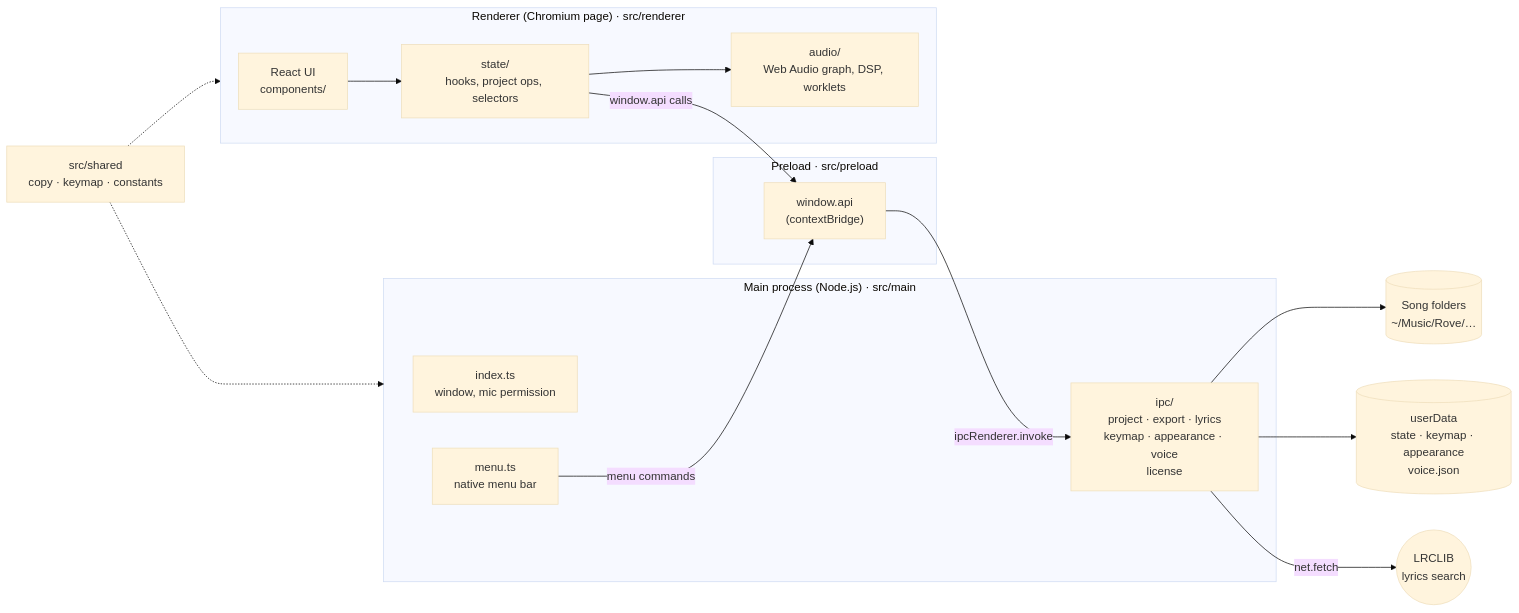
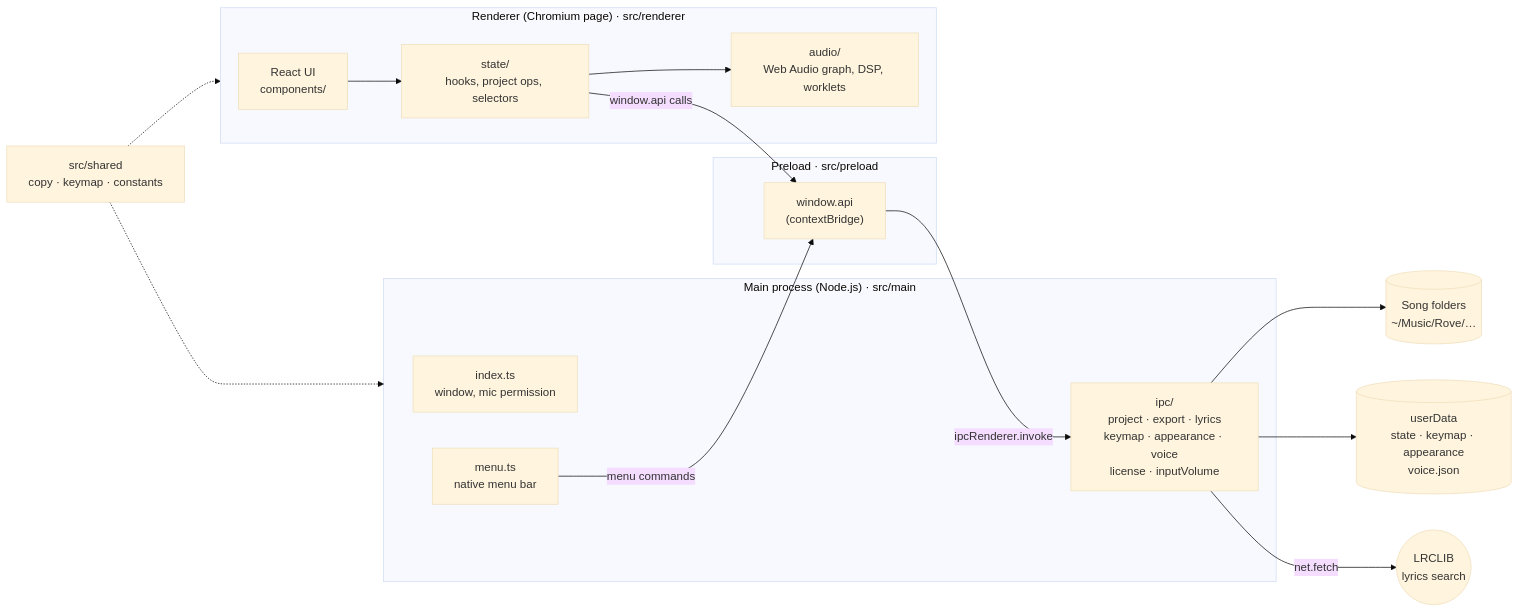
The first of 6 diagrams in docs/architecture.md (andy-techen/rove), drawn with Mermaid (base theme) before and after one commit. The commit also changed 85 other files, not shown here.

````diff
--- a/docs/architecture.md
+++ b/docs/architecture.md
@@ -10,30 +10,30 @@
 ```mermaid
 flowchart LR
   subgraph Main["Main process (Node.js) · src/main"]
     index["index.ts<br/>window, mic permission"]
     menu["menu.ts<br/>native menu bar"]
-    ipc["ipc/<br/>project · export · lyrics<br/>keymap · appearance · voice<br/>license"]
+    ipc["ipc/<br/>project · export · lyrics<br/>keymap · appearance · voice<br/>license · inputVolume"]
   end
 
   subgraph Preload["Preload · src/preload"]
     api["window.api<br/>(contextBridge)"]
   end
 
   subgraph Renderer["Renderer (Chromium page) · src/renderer"]
     react["React UI<br/>components/"]
     state["state/<br/>hooks, project ops, selectors"]
     audio["audio/<br/>Web Audio graph, DSP, worklets"]
   end
 
   shared["src/shared<br/>copy · keymap · constants"]
 
   react --> state --> audio
   state -- "window.api calls" --> api
   api -- "ipcRenderer.invoke" --> ipc
   menu -- "menu commands" --> api
   ipc --> disk[("Song folders<br/>~/Music/Rove/…")]
   ipc --> userData[("userData<br/>state · keymap · appearance<br/>voice.json")]
   ipc -- "net.fetch" --> lrclib(("LRCLIB<br/>lyrics search"))
   shared -.-> Main
   shared -.-> Renderer
 ```
````
